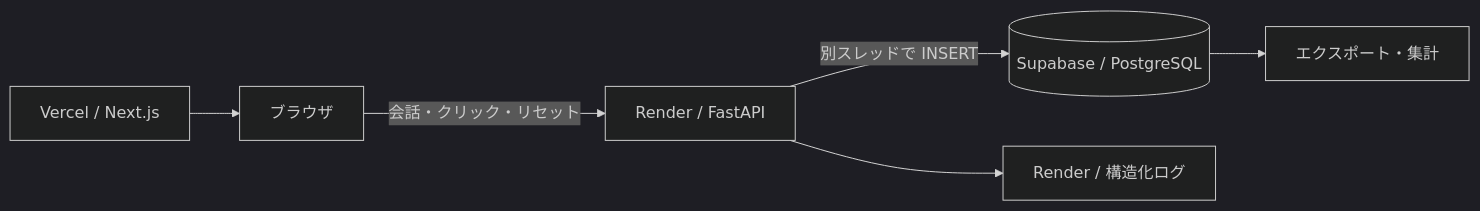
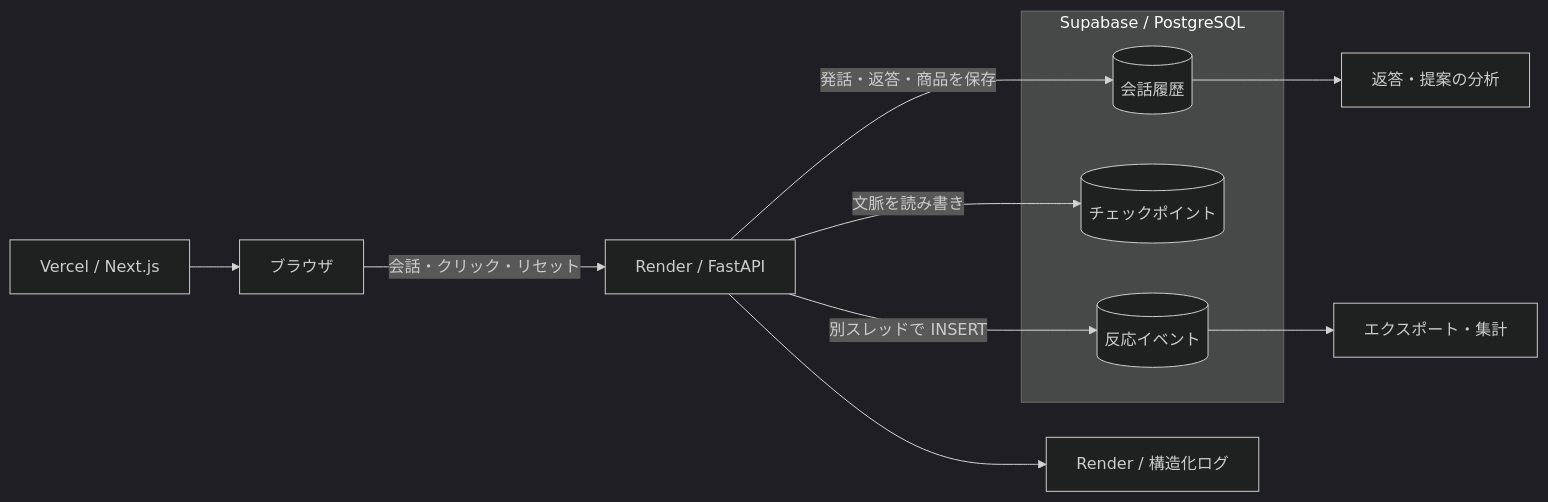
Before and after one commit to koichi2426/Shoppie: the diagram in infra/supabase/README.md, drawn with Mermaid (dark theme). The commit also changed other lines of this file and 27 other files, not shown here.

````diff
--- a/infra/supabase/README.md
+++ b/infra/supabase/README.md
@@ -5,8 +5,16 @@
 ```mermaid
 flowchart LR
     Browser[ブラウザ] -->|会話・クリック・リセット| API[Render / FastAPI]
     UI[Vercel / Next.js] --> Browser
-    API -->|別スレッドで INSERT| DB[(Supabase / PostgreSQL)]
+    API -->|発話・返答・商品を保存| History[(会話履歴)]
+    API -->|文脈を読み書き| Checkpoints[(チェックポイント)]
+    API -->|別スレッドで INSERT| Events[(反応イベント)]
+    subgraph Supabase[Supabase / PostgreSQL]
+        History
+        Checkpoints
+        Events
+    end
     API --> Logs[Render / 構造化ログ]
-    DB --> Export[エクスポート・集計]
+    Events --> Export[エクスポート・集計]
+    History --> Analysis[返答・提案の分析]
 ```
````
